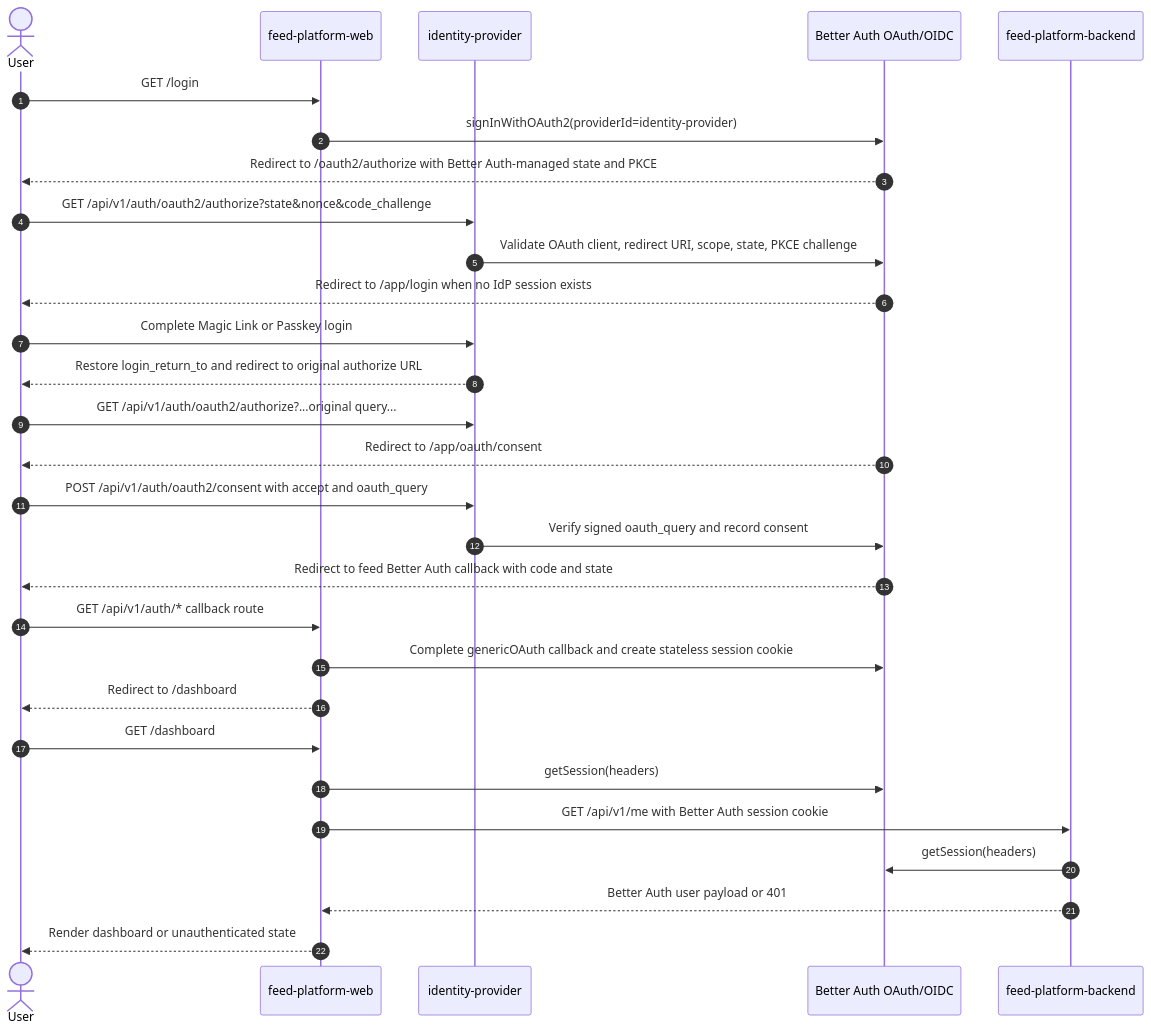
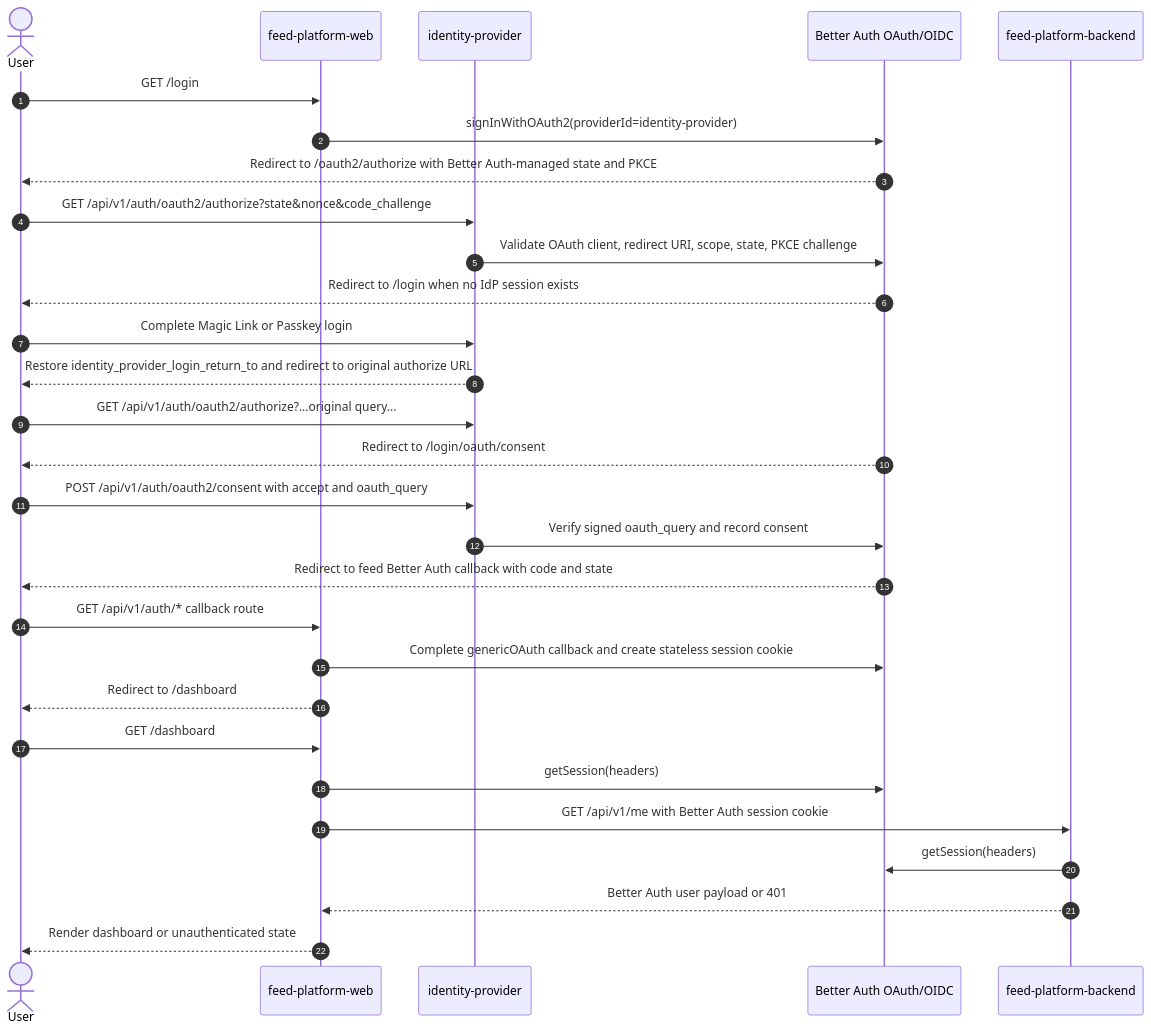
One commit to totto2727-org/monorepo changed the diagram in js/app/identity-provider/docs/auth-flow.md. Above: the diagram before and after it, drawn with Mermaid. The commit also changed other lines of this file and 18 other files, not shown here.

First line of the commit message:
refactor(identity-provider): reorganize login and app auth routes

````diff
--- a/js/app/identity-provider/docs/auth-flow.md
+++ b/js/app/identity-provider/docs/auth-flow.md
@@ -32,32 +32,32 @@
 ```mermaid
 sequenceDiagram
   autonumber
   actor User
   participant Web as feed-platform-web
   participant IdP as identity-provider
   participant BetterAuth as Better Auth OAuth/OIDC
   participant Backend as feed-platform-backend
 
   User->>Web: GET /login
   Web->>BetterAuth: signInWithOAuth2(providerId=identity-provider)
   BetterAuth-->>User: Redirect to /oauth2/authorize with Better Auth-managed state and PKCE
   User->>IdP: GET /api/v1/auth/oauth2/authorize?state&nonce&code_challenge
   IdP->>BetterAuth: Validate OAuth client, redirect URI, scope, state, PKCE challenge
-  BetterAuth-->>User: Redirect to /app/login when no IdP session exists
+  BetterAuth-->>User: Redirect to /login when no IdP session exists
   User->>IdP: Complete Magic Link or Passkey login
-  IdP-->>User: Restore login_return_to and redirect to original authorize URL
+  IdP-->>User: Restore identity_provider_login_return_to and redirect to original authorize URL
   User->>IdP: GET /api/v1/auth/oauth2/authorize?...original query...
-  BetterAuth-->>User: Redirect to /app/oauth/consent
+  BetterAuth-->>User: Redirect to /login/oauth/consent
   User->>IdP: POST /api/v1/auth/oauth2/consent with accept and oauth_query
   IdP->>BetterAuth: Verify signed oauth_query and record consent
   BetterAuth-->>User: Redirect to feed Better Auth callback with code and state
   User->>Web: GET /api/v1/auth/* callback route
   Web->>BetterAuth: Complete genericOAuth callback and create stateless session cookie
   Web-->>User: Redirect to /dashboard
   User->>Web: GET /dashboard
   Web->>BetterAuth: getSession(headers)
   Web->>Backend: GET /api/v1/me with Better Auth session cookie
   Backend->>BetterAuth: getSession(headers)
   Backend-->>Web: Better Auth user payload or 401
   Web-->>User: Render dashboard or unauthenticated state
 ```
````
